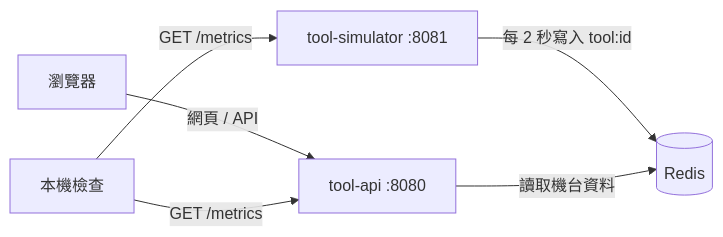
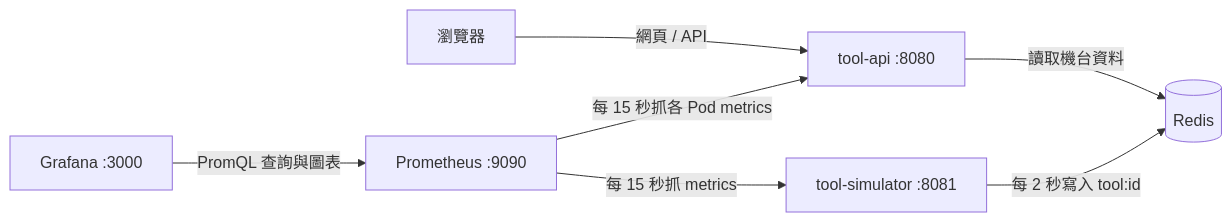
Before and after one commit to kevinzeroCode/fab-monitor: the diagram in README.md, drawn with Mermaid. The commit also changed other lines of this file and 25 other files, not shown here.

````diff
--- a/README.md
+++ b/README.md
@@ -5,8 +5,9 @@
 ```mermaid
 flowchart LR
     simulator[tool-simulator :8081] -->|每 2 秒寫入 tool:id| redis[(Redis)]
     api[tool-api :8080] -->|讀取機台資料| redis
     browser[瀏覽器] -->|網頁 / API| api
-    developer[本機檢查] -->|GET /metrics| simulator
-    developer -->|GET /metrics| api
+    prometheus[Prometheus :9090] -->|每 15 秒抓 metrics| simulator
+    prometheus -->|每 15 秒抓各 Pod metrics| api
+    grafana[Grafana :3000] -->|PromQL 查詢與圖表| prometheus
 ```
````
